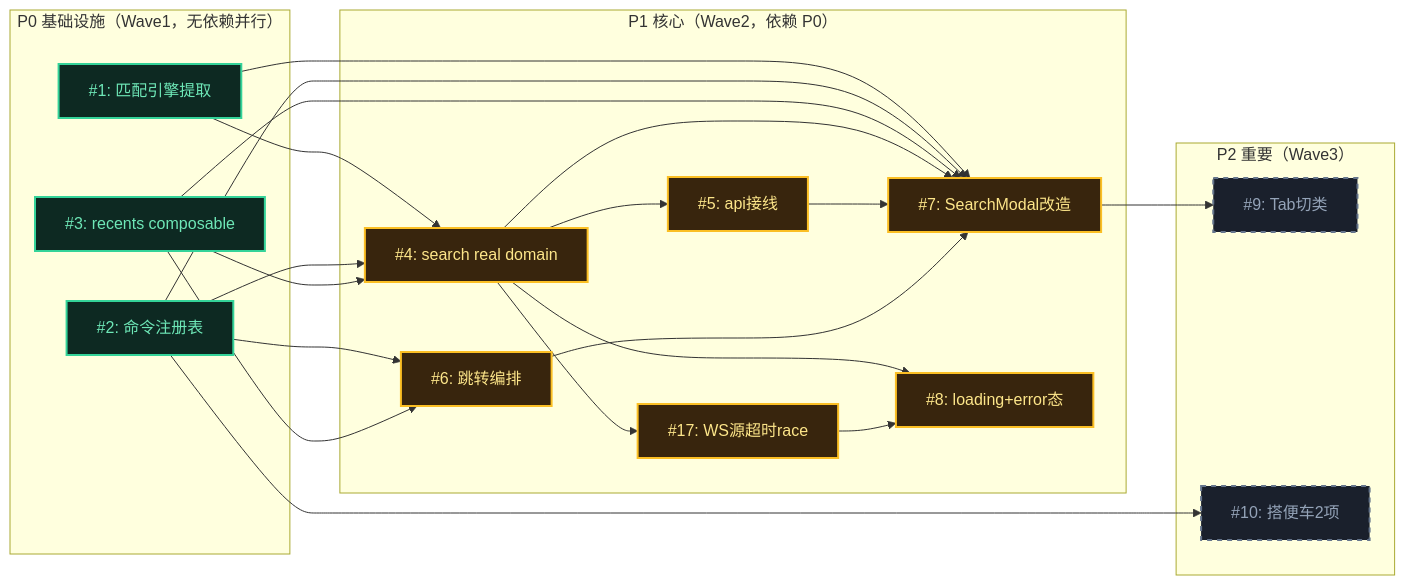
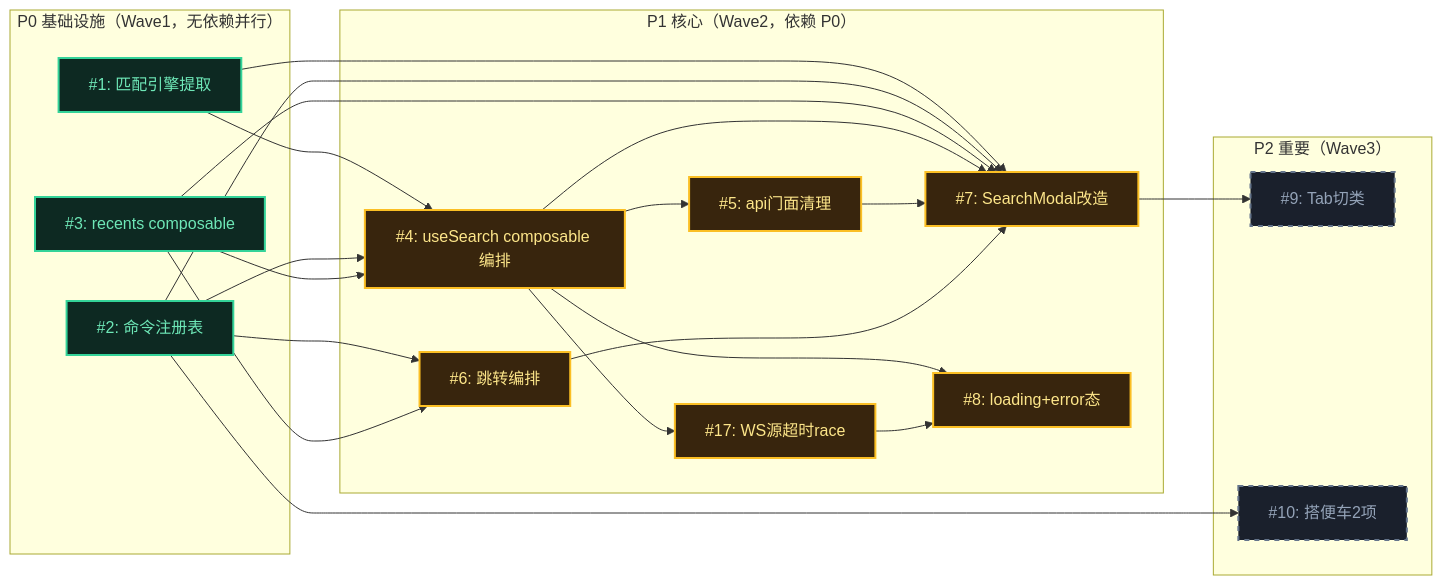
Before and after one commit to zhushanwen321/xyz-agent: the diagram in .xyz-harness/2026-06-30-search-modal/issues.md, drawn with Mermaid. The commit also changed other lines of this file and 42 other files, not shown here.

````diff
--- a/.xyz-harness/2026-06-30-search-modal/issues.md
+++ b/.xyz-harness/2026-06-30-search-modal/issues.md
@@ -12,40 +12,40 @@
 ```mermaid
 graph LR
   subgraph "P0 基础设施（Wave1，无依赖并行）"
     #1[#1: 匹配引擎提取]:::resolved
     #2[#2: 命令注册表]:::resolved
     #3[#3: recents composable]:::resolved
   end
   subgraph "P1 核心（Wave2，依赖 P0）"
-    #4[#4: search real domain]:::investigating
-    #5[#5: api接线]:::investigating
+    #4[#4: useSearch composable 编排]:::investigating
+    #5[#5: api门面清理]:::investigating
     #6[#6: 跳转编排]:::investigating
     #7[#7: SearchModal改造]:::investigating
     #8[#8: loading+error态]:::investigating
     #17[#17: WS源超时race]:::investigating
   end
   subgraph "P2 重要（Wave3）"
     #9[#9: Tab切类]:::fog
     #10[#10: 搭便车2项]:::fog
   end
   #1 --> #4
   #2 --> #4
   #3 --> #4
   #4 --> #5
   #2 --> #6
   #3 --> #6
   #1 --> #7
   #2 --> #7
   #3 --> #7
   #4 --> #7
   #5 --> #7
   #6 --> #7
   #4 --> #8
   #4 --> #17
   #17 --> #8
   #2 --> #10
   #7 --> #9
   classDef resolved fill:#0d2922,stroke:#34d399,stroke-width:2px,color:#6ee7b7
   classDef investigating fill:#38250d,stroke:#fbbf24,stroke-width:2px,color:#fde68a
   classDef fog fill:#1a202c,stroke:#64748b,stroke-width:2px,stroke-dasharray:5 5,color:#94a3b8
 ```
````
